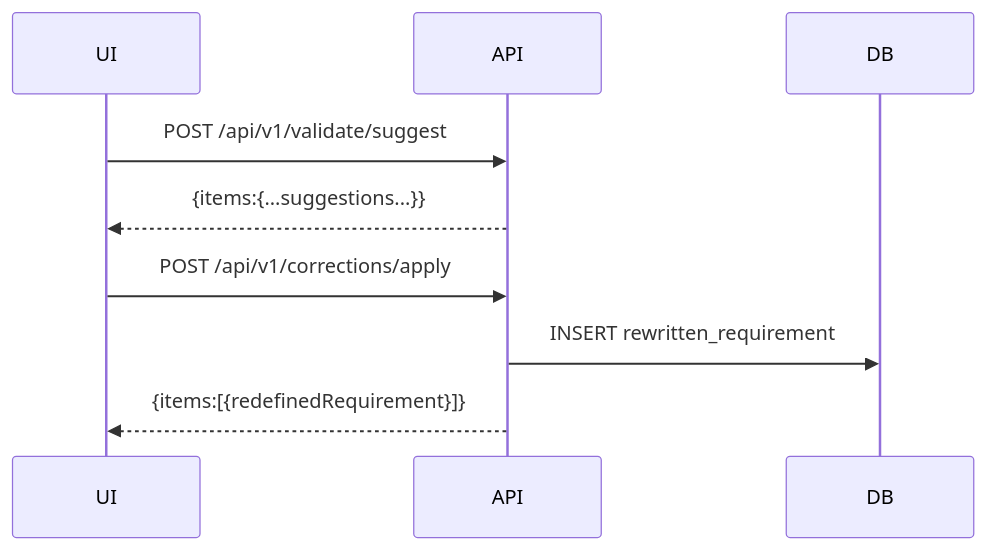
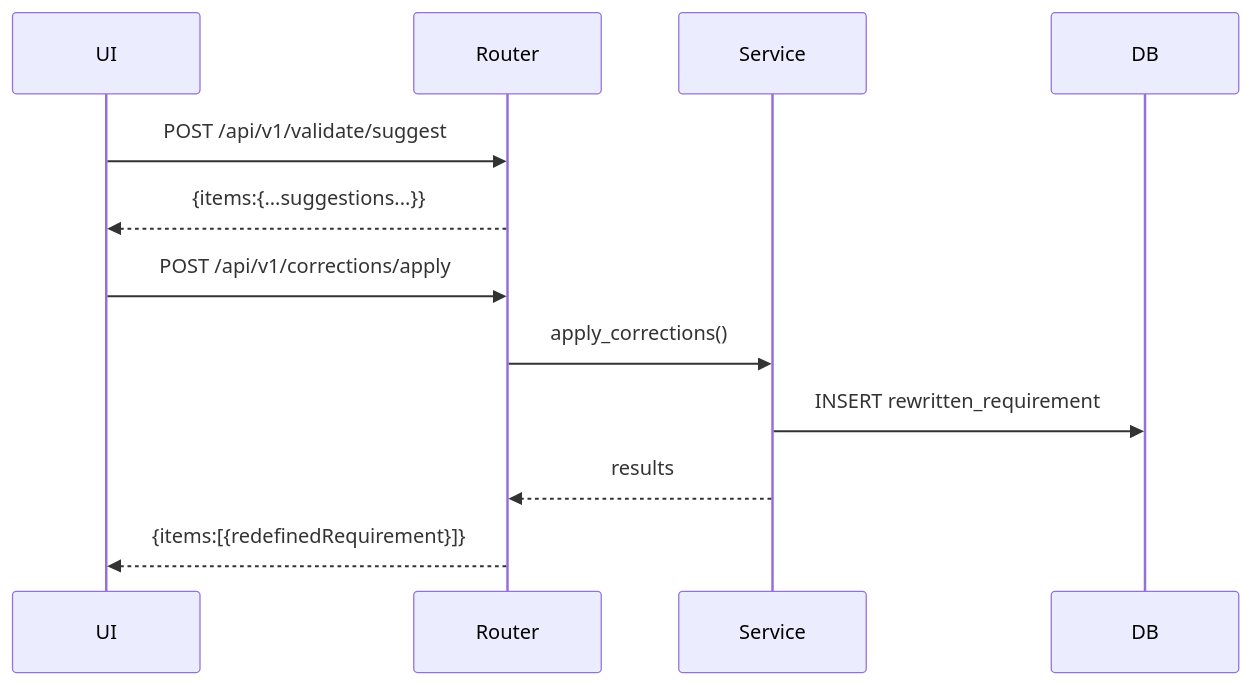
Before and after one commit to Flissel/-req-orchestrator: diagram 13 of 15 in docs/architecture/SYSTEM_OVERVIEW.md, drawn with Mermaid. The commit also changed other lines of this file and 128 other files, not shown here.

````diff
--- a/docs/architecture/SYSTEM_OVERVIEW.md
+++ b/docs/architecture/SYSTEM_OVERVIEW.md
@@ -372,11 +687,14 @@
 ```mermaid
 sequenceDiagram
   participant UI
-  participant API
+  participant Router
+  participant Service
   participant DB
-  UI->>API: POST /api/v1/validate/suggest
-  API-->>UI: {items:{...suggestions...}}
-  UI->>API: POST /api/v1/corrections/apply
-  API->>DB: INSERT rewritten_requirement
-  API-->>UI: {items:[{redefinedRequirement}]}
+  UI->>Router: POST /api/v1/validate/suggest
+  Router-->>UI: {items:{...suggestions...}}
+  UI->>Router: POST /api/v1/corrections/apply
+  Router->>Service: apply_corrections()
+  Service->>DB: INSERT rewritten_requirement
+  Service-->>Router: results
+  Router-->>UI: {items:[{redefinedRequirement}]}
 ```
````
